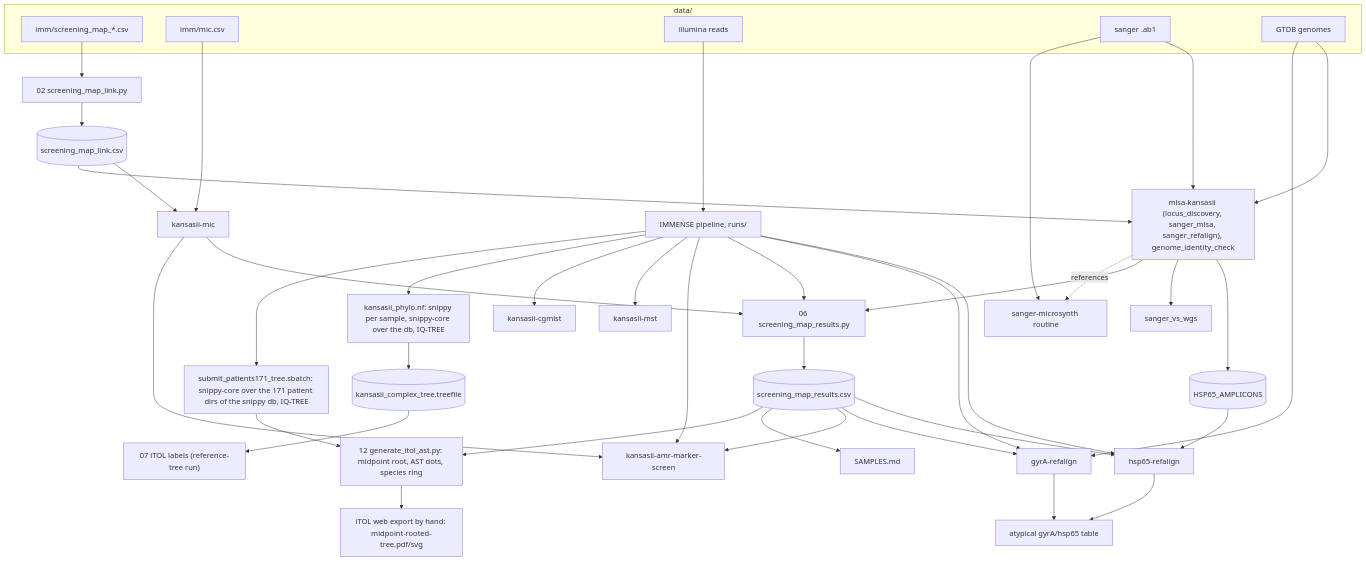
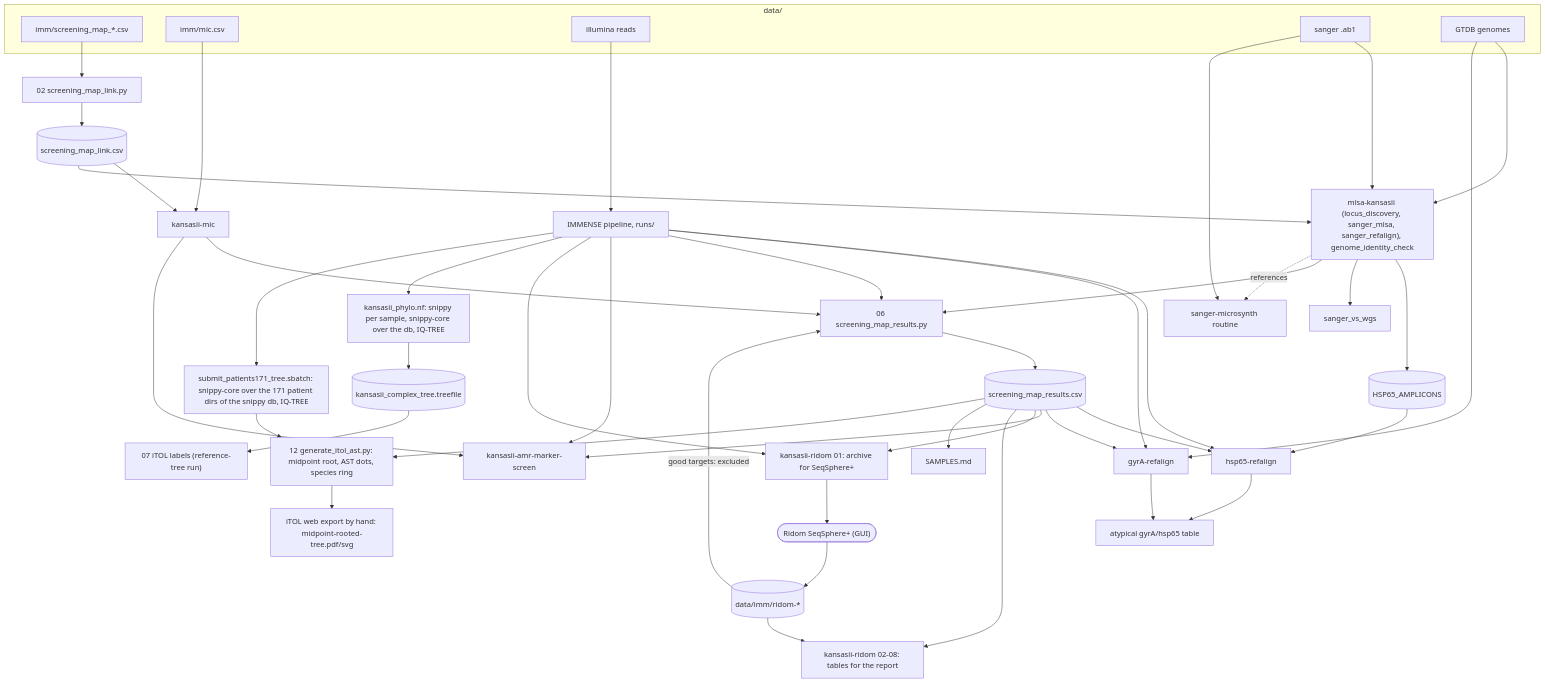
One commit to michaelmeuli/kansasii-docs changed the diagram in docs/DATAFLOW.md. Above: the diagram before and after it, drawn with Mermaid. The commit also changed other lines of this file and 9 other files, not shown here.

Commit message:
excluded comes from Ridom good targets, not chewBBACA; RIDOM_COMPARISON path

````diff
--- a/docs/DATAFLOW.md
+++ b/docs/DATAFLOW.md
@@ -6,47 +6,52 @@
 ```mermaid
 flowchart TD
   subgraph inputs ["data/"]
     SM["imm/screening_map_*.csv"]
     MICIN["imm/mic.csv"]
     READS["illumina reads"]
     SANG["sanger .ab1"]
     GTDB["GTDB genomes"]
   end
   SM --> LINK["02 screening_map_link.py"]
   LINK --> LT[("screening_map_link.csv")]
   READS --> PIPE["IMMENSE pipeline, runs/"]
   LT --> MIC["kansasii-mic"]
   MICIN --> MIC
   GTDB --> MLSA["mlsa-kansasii (locus_discovery, sanger_mlsa, sanger_refalign), genome_identity_check"]
   MLSA --> AMP[("HSP65_AMPLICONS")]
   SANG --> MLSA
   LT --> MLSA
   MLSA --> M4["sanger_vs_wgs"]
   AMP --> HSPR["hsp65-refalign"]
   RT --> HSPR
   PIPE --> HSPR
   GTDB --> GYR["gyrA-refalign"]
   RT --> GYR
   PIPE --> GYR
   HSPR --> ATY["atypical gyrA/hsp65 table"]
   GYR --> ATY
   MIC --> RES["06 screening_map_results.py"]
   MLSA --> RES
   PIPE --> RES
   RES --> RT[("screening_map_results.csv")]
   RT --> AMR["kansasii-amr-marker-screen"]
   MIC --> AMR
   PIPE --> AMR
-  PIPE --> MST["kansasii-mst"]
-  PIPE --> CG["kansasii-cgmlst"]
+  PIPE --> RX["kansasii-ridom 01: archive for SeqSphere+"]
+  RT --> RX
+  RX --> RID(["Ridom SeqSphere+ (GUI)"])
+  RID --> REXP[("data/imm/ridom-*")]
+  REXP -- "good targets: excluded" --> RES
+  REXP --> RD["kansasii-ridom 02-08: tables for the report"]
+  RT --> RD
   RT --> REP["SAMPLES.md"]
   PIPE --> TREE["kansasii_phylo.nf: snippy per sample, snippy-core over the db, IQ-TREE"]
   TREE --> TT[("kansasii_complex_tree.treefile")]
   TT --> ITOL["07 iTOL labels (reference-tree run)"]
   PIPE --> T171["submit_patients171_tree.sbatch: snippy-core over the 171 patient dirs of the snippy db, IQ-TREE"]
   T171 --> AST["12 generate_itol_ast.py: midpoint root, AST dots, species ring"]
   RT --> AST
   AST --> FIG["iTOL web export by hand: midpoint-rooted-tree.pdf/svg"]
   SANG --> MS["sanger-microsynth routine"]
   MLSA -. references .-> MS
 ```
````
